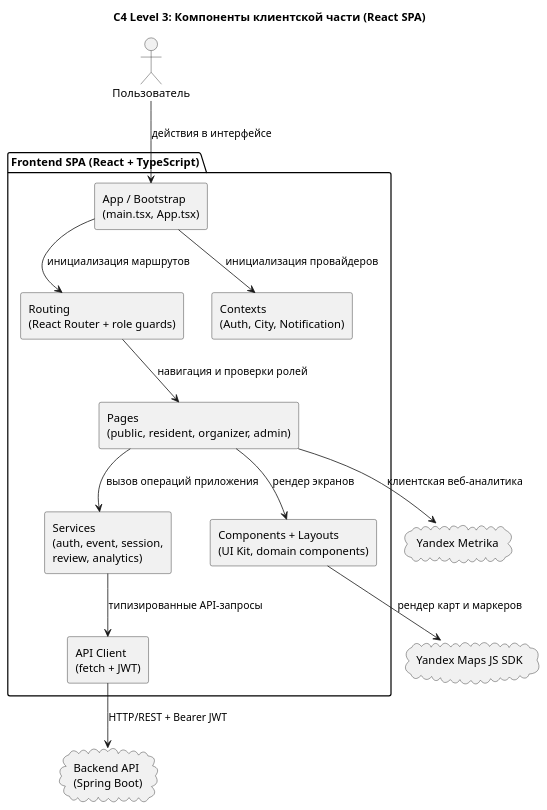
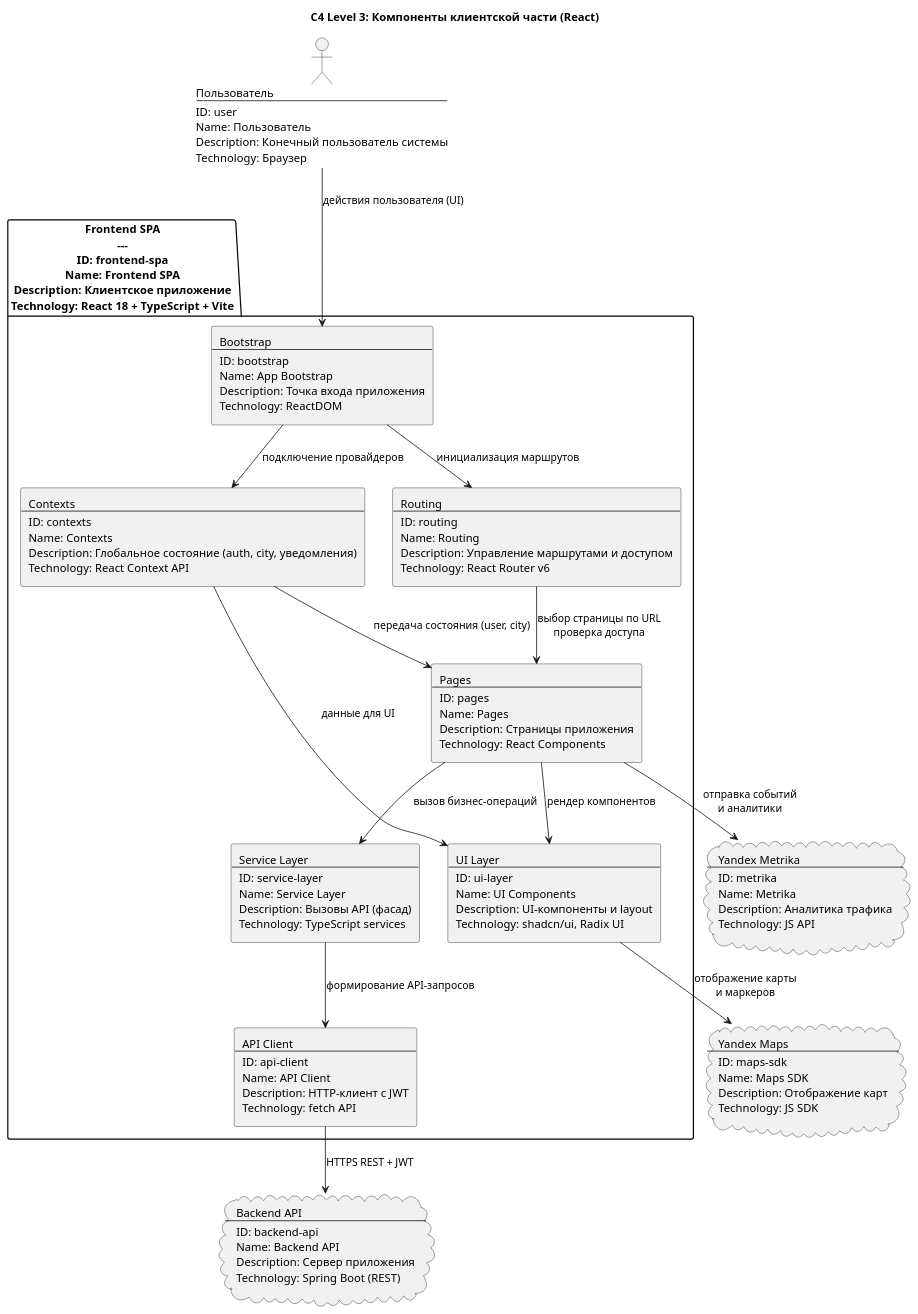
One commit to akarui-shi/festival-app changed diagram 12 of 14 in diplom/diplom.md. Above: the diagram before and after it, drawn with PlantUML. The commit also changed other lines of this file, not shown here.

````diff
--- a/diplom/diplom.md
+++ b/diplom/diplom.md
@@ -1723,34 +1796,54 @@
 ```plantuml
 @startuml
-title C4 Level 3: Компоненты клиентской части (React SPA)
+title C4 Level 3: Компоненты клиентской части (React)
+
 skinparam componentStyle rectangle
 top to bottom direction
 
-actor "Пользователь" as User
-cloud "Backend API\n(Spring Boot)" as Backend
-cloud "Yandex Maps JS SDK" as MapsSdk
-cloud "Yandex Metrika" as Metrika
+actor "Пользователь\n---\nID: user\nName: Пользователь\nDescription: Конечный пользователь системы\nTechnology: Браузер" as User
 
-package "Frontend SPA (React + TypeScript)" {
-  component "App / Bootstrap\n(main.tsx, App.tsx)" as Bootstrap
-  component "Routing\n(React Router + role guards)" as Routing
-  component "Contexts\n(Auth, City, Notification)" as Contexts
-  component "Pages\n(public, resident, organizer, admin)" as Pages
-  component "Components + Layouts\n(UI Kit, domain components)" as UiLayer
-  component "Services\n(auth, event, session,\nreview, analytics)" as Services
-  component "API Client\n(fetch + JWT)" as ApiClient
+cloud "Backend API\n---\nID: backend-api\nName: Backend API\nDescription: Сервер приложения\nTechnology: Spring Boot (REST)" as Backend
+
+cloud "Yandex Maps\n---\nID: maps-sdk\nName: Maps SDK\nDescription: Отображение карт\nTechnology: JS SDK" as MapsSdk
+
+cloud "Yandex Metrika\n---\nID: metrika\nName: Metrika\nDescription: Аналитика трафика\nTechnology: JS API" as Metrika
+
+package "Frontend SPA\n---\nID: frontend-spa\nName: Frontend SPA\nDescription: Клиентское приложение\nTechnology: React 18 + TypeScript + Vite" {
+
+  component "Bootstrap\n---\nID: bootstrap\nName: App Bootstrap\nDescription: Точка входа приложения\nTechnology: ReactDOM" as Bootstrap
+
+  component "Routing\n---\nID: routing\nName: Routing\nDescription: Управление маршрутами и доступом\nTechnology: React Router v6" as Routing
+
+  component "Contexts\n---\nID: contexts\nName: Contexts\nDescription: Глобальное состояние (auth, city, уведомления)\nTechnology: React Context API" as Contexts
+
+  component "Pages\n---\nID: pages\nName: Pages\nDescription: Страницы приложения\nTechnology: React Components" as Pages
+
+  component "UI Layer\n---\nID: ui-layer\nName: UI Components\nDescription: UI-компоненты и layout\nTechnology: shadcn/ui, Radix UI" as UiLayer
+
+  component "Service Layer\n---\nID: service-layer\nName: Service Layer\nDescription: Вызовы API (фасад)\nTechnology: TypeScript services" as Services
+
+  component "API Client\n---\nID: api-client\nName: API Client\nDescription: HTTP-клиент с JWT\nTechnology: fetch API" as ApiClient
 }
 
-User --> Bootstrap : "действия в интерфейсе"
-Bootstrap --> Routing : "инициализация маршрутов"
-Bootstrap --> Contexts : "инициализация провайдеров"
-Routing --> Pages : "навигация и проверки ролей"
-Pages --> UiLayer : "рендер экранов"
-Pages --> Services : "вызов операций приложения"
-Services --> ApiClient : "типизированные API-запросы"
-ApiClient --> Backend : "HTTP/REST + Bearer JWT"
-UiLayer --> MapsSdk : "рендер карт и маркеров"
-Pages --> Metrika : "клиентская веб-аналитика"
+User --> Bootstrap : действия пользователя (UI)
+
+Bootstrap --> Routing : инициализация маршрутов
+Bootstrap --> Contexts : подключение провайдеров
+
+Routing --> Pages : выбор страницы по URL\nпроверка доступа
+
+Contexts --> Pages : передача состояния (user, city)
+Contexts --> UiLayer : данные для UI
+
+Pages --> UiLayer : рендер компонентов
+Pages --> Services : вызов бизнес-операций
+
+Services --> ApiClient : формирование API-запросов
+ApiClient --> Backend : HTTPS REST + JWT
+
+UiLayer --> MapsSdk : отображение карты\nи маркеров
+
+Pages --> Metrika : отправка событий\nи аналитики
 
 @enduml
 ```
````
